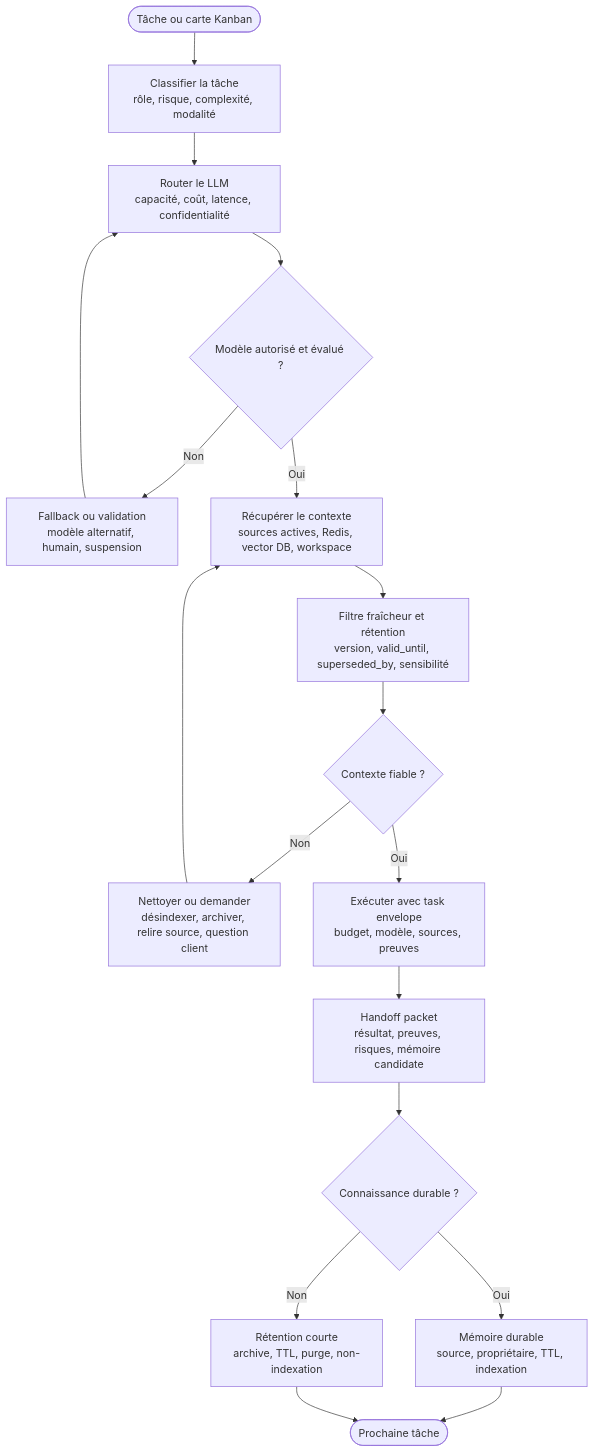
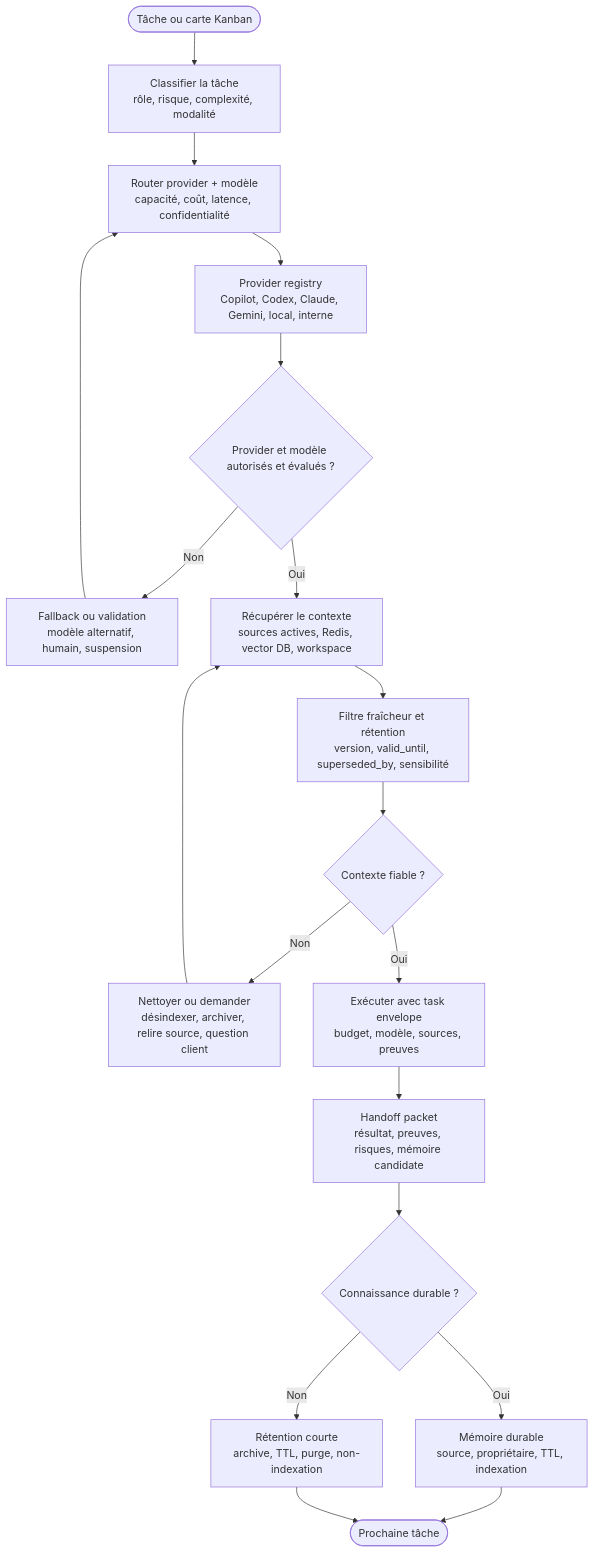
One commit to Guilhem-Bonnet/processus-developpement-agentique changed the diagram in docs/routage-llm-retention-connaissances.md. Above: the diagram before and after it, drawn with Mermaid. The commit also changed other lines of this file and 70 other files, not shown here.

````diff
--- a/docs/routage-llm-retention-connaissances.md
+++ b/docs/routage-llm-retention-connaissances.md
@@ -9,22 +9,23 @@
 ```mermaid
 flowchart TD
     A([Tâche ou carte Kanban]) --> B["Classifier la tâche<br/>rôle, risque, complexité, modalité"]
-    B --> C["Router le LLM<br/>capacité, coût, latence, confidentialité"]
-    C --> D{Modèle autorisé et évalué ?}
+    B --> C["Router provider + modèle<br/>capacité, coût, latence, confidentialité"]
+    C --> C1["Provider registry<br/>Copilot, Codex, Claude, Gemini, local, interne"]
+    C1 --> D{Provider et modèle autorisés et évalués ?}
     D -- Non --> E["Fallback ou validation<br/>modèle alternatif, humain, suspension"]
     E --> C
     D -- Oui --> F["Récupérer le contexte<br/>sources actives, Redis, vector DB, workspace"]
 
     F --> G["Filtre fraîcheur et rétention<br/>version, valid_until, superseded_by, sensibilité"]
     G --> H{Contexte fiable ?}
     H -- Non --> I["Nettoyer ou demander<br/>désindexer, archiver, relire source, question client"]
     I --> F
     H -- Oui --> J["Exécuter avec task envelope<br/>budget, modèle, sources, preuves"]
 
     J --> K["Handoff packet<br/>résultat, preuves, risques, mémoire candidate"]
     K --> L{Connaissance durable ?}
     L -- Oui --> M["Mémoire durable<br/>source, propriétaire, TTL, indexation"]
     L -- Non --> N["Rétention courte<br/>archive, TTL, purge, non-indexation"]
     M --> O([Prochaine tâche])
     N --> O
 ```
````
